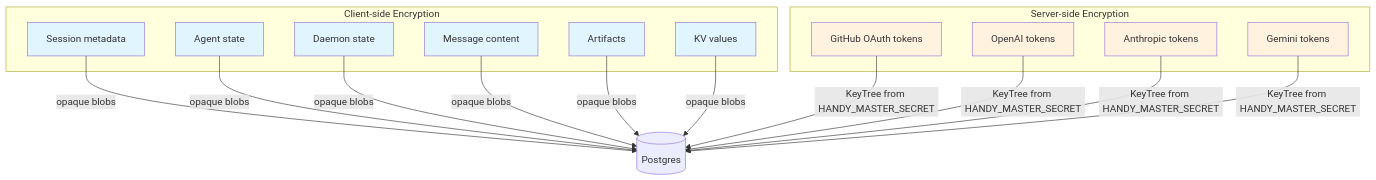
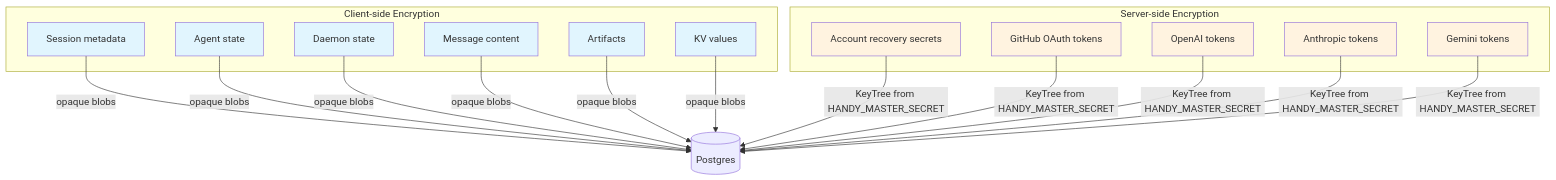
One commit to Mereithhh/very-happy changed the ninth of 9 diagrams in docs/backend-architecture.md. Above: the diagram before and after it, drawn with Mermaid. The commit also changed other lines of this file and 59 other files, not shown here.

````diff
--- a/docs/backend-architecture.md
+++ b/docs/backend-architecture.md
@@ -350,32 +350,34 @@
 ```mermaid
 graph TB
     subgraph "Client-side Encryption"
         C1[Session metadata]
         C2[Agent state]
         C3[Daemon state]
         C4[Message content]
         C5[Artifacts]
         C6[KV values]
     end
 
     subgraph "Server-side Encryption"
+        S0[Account recovery secrets]
         S1[GitHub OAuth tokens]
         S2[OpenAI tokens]
         S3[Anthropic tokens]
         S4[Gemini tokens]
     end
 
     C1 & C2 & C3 & C4 & C5 & C6 --> |opaque blobs| DB[(Postgres)]
-    S1 & S2 & S3 & S4 --> |KeyTree from HANDY_MASTER_SECRET| DB
+    S0 & S1 & S2 & S3 & S4 --> |KeyTree from HANDY_MASTER_SECRET| DB
 
     style C1 fill:#e1f5fe
     style C2 fill:#e1f5fe
     style C3 fill:#e1f5fe
     style C4 fill:#e1f5fe
     style C5 fill:#e1f5fe
     style C6 fill:#e1f5fe
+    style S0 fill:#fff3e0
     style S1 fill:#fff3e0
     style S2 fill:#fff3e0
     style S3 fill:#fff3e0
     style S4 fill:#fff3e0
 ```
````
